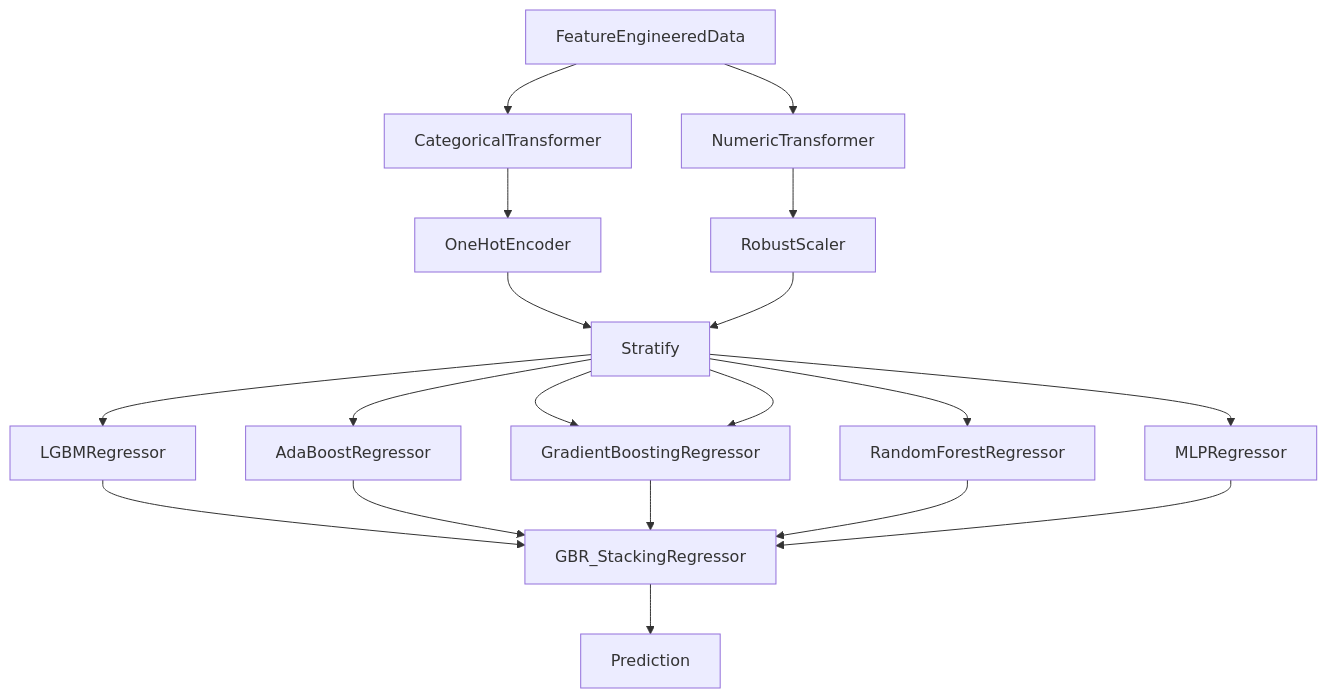
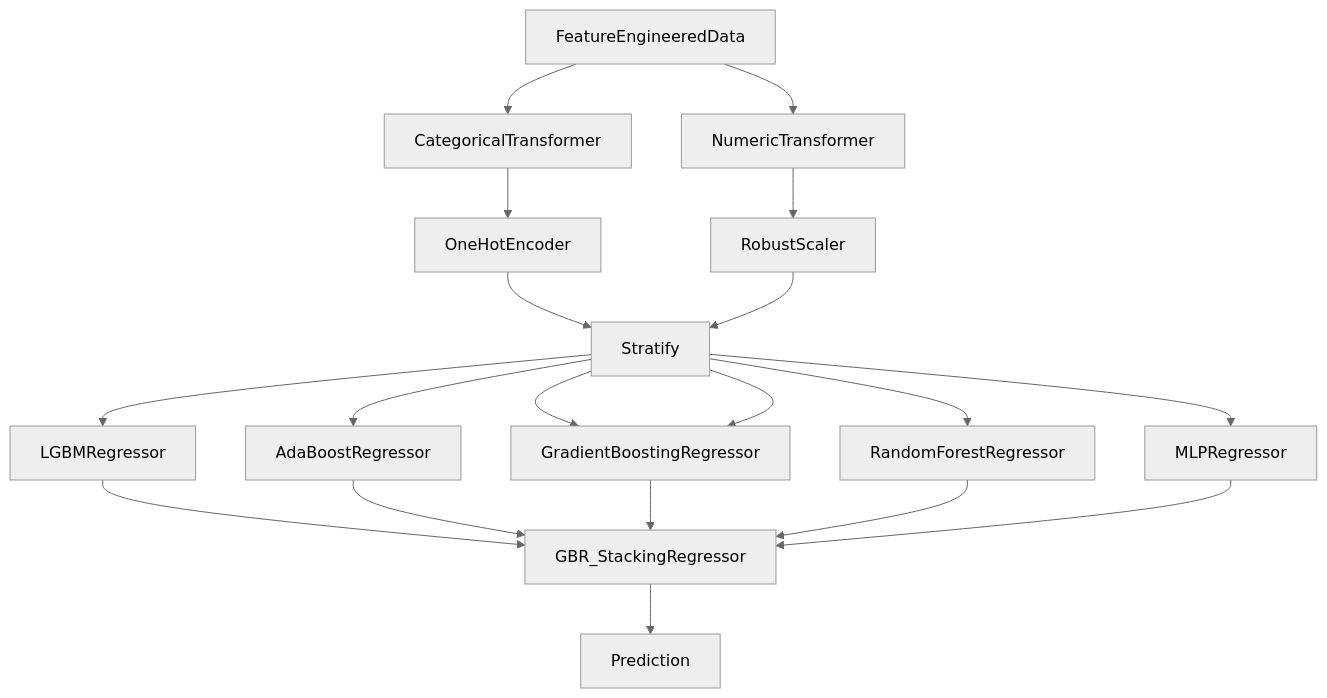
One commit to dec1costello/Golf changed the diagram in TOUR_Championship_2011/README.md. Above: the diagram before and after it, drawn with Mermaid.

````diff
--- a/TOUR_Championship_2011/README.md
+++ b/TOUR_Championship_2011/README.md
@@ -94,24 +94,25 @@
 ```mermaid
+%%{init: {'theme':'neutral'}}%%
 graph TB
       FeatureEngineeredData --> CategoricalTransformer;
       FeatureEngineeredData --> NumericTransformer;
       CategoricalTransformer --> OneHotEncoder;
       OneHotEncoder --> Stratify;
       NumericTransformer --> RobustScaler;
       RobustScaler --> Stratify;
 
       Stratify--> GradientBoostingRegressor;
       Stratify-->RandomForestRegressor;
       Stratify-->MLPRegressor;
       Stratify-->GradientBoostingRegressor;
       Stratify--> AdaBoostRegressor;
       Stratify--> LGBMRegressor;
 
       LGBMRegressor-->GBR_StackingRegressor;
       AdaBoostRegressor-->GBR_StackingRegressor;
       GradientBoostingRegressor-->GBR_StackingRegressor;
       RandomForestRegressor-->GBR_StackingRegressor;
       MLPRegressor-->GBR_StackingRegressor;
 
       GBR_StackingRegressor --> Prediction;
 ```
````
